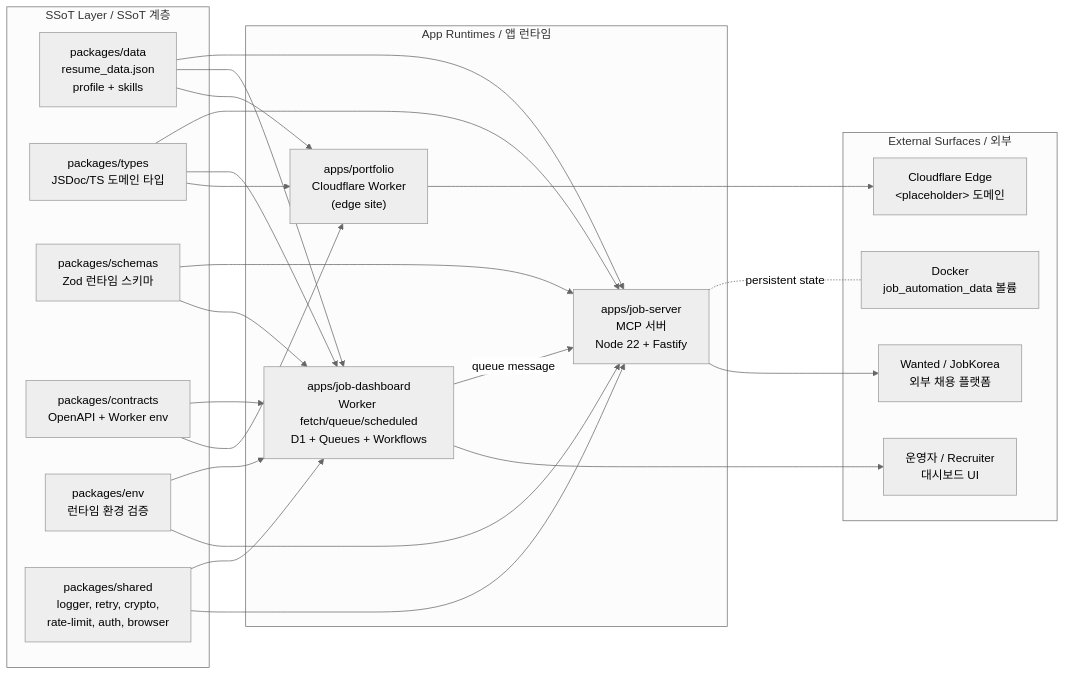
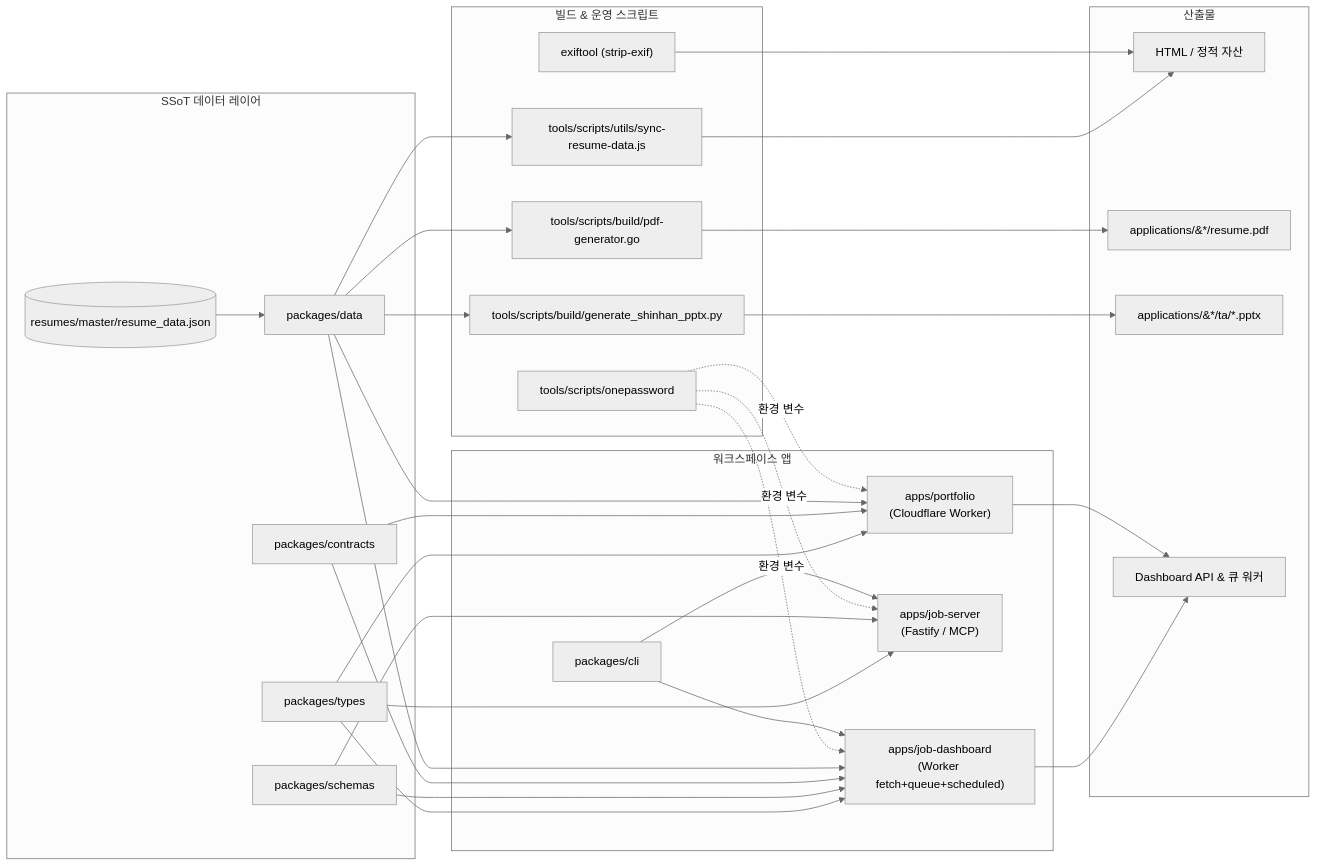
One commit to jclee941/resume changed the diagram in README.md. Above: the diagram before and after it, drawn with Mermaid (neutral theme). The commit also changed other lines of this file, not shown here.

````diff
--- a/README.md
+++ b/README.md
@@ -94,45 +85,59 @@
 ```mermaid
 flowchart LR
-    subgraph SRC["SSoT Layer / SSoT 계층"]
-        DATA["packages/data<br/>resume_data.json<br/>profile + skills"]
-        TYPES["packages/types<br/>JSDoc/TS 도메인 타입"]
-        SCHEMA["packages/schemas<br/>Zod 런타임 스키마"]
-        CONTRACT["packages/contracts<br/>OpenAPI + Worker env"]
-        ENV["packages/env<br/>런타임 환경 검증"]
-        SHARED["packages/shared<br/>logger, retry, crypto,<br/>rate-limit, auth, browser"]
+    subgraph Data["SSoT 데이터 레이어"]
+        D[("resumes/master/resume_data.json")]
+        DATA["packages/data"]
+        TYPES["packages/types"]
+        SCHEMA["packages/schemas"]
+        CONTRACTS["packages/contracts"]
     end
 
-    subgraph APPS["App Runtimes / 앱 런타임"]
-        PORTFOLIO["apps/portfolio<br/>Cloudflare Worker<br/>(edge site)"]
-        DASH["apps/job-dashboard<br/>Worker fetch/queue/scheduled<br/>D1 + Queues + Workflows"]
-        JOB["apps/job-server<br/>MCP 서버<br/>Node 22 + Fastify"]
+    subgraph Build["빌드 & 운영 스크립트"]
+        SYNC["tools/scripts/utils/sync-resume-data.js"]
+        PDF["tools/scripts/build/pdf-generator.go"]
+        PPTX["tools/scripts/build/generate_shinhan_pptx.py"]
+        SCRIPTS["tools/scripts/onepassword"]
+        EXIF["exiftool (strip-exif)"]
     end
 
-    subgraph OUT["External Surfaces / 외부"]
-        EDGE["Cloudflare Edge<br/>&lt;placeholder&gt; 도메인"]
-        PLATFORMS["Wanted / JobKorea<br/>외부 채용 플랫폼"]
-        OPS["운영자 / Recruiter<br/>대시보드 UI"]
-        DOCKER["Docker<br/>job_automation_data 볼륨"]
+    subgraph Apps["워크스페이스 앱"]
+        PORT["apps/portfolio<br/>(Cloudflare Worker)"]
+        JOB["apps/job-server<br/>(Fastify / MCP)"]
+        DASH["apps/job-dashboard<br/>(Worker fetch+queue+scheduled)"]
+        CLI["packages/cli"]
     end
 
-    DATA --> PORTFOLIO
+    subgraph Outputs["산출물"]
+        HTML["HTML / 정적 자산"]
+        DOCS["applications/&#42;/resume.pdf"]
+        SLIDES["applications/&#42;/ta/*.pptx"]
+        APIS["Dashboard API &amp; 큐 워커"]
+    end
+
+    D --> DATA
+    DATA --> SYNC
+    DATA --> PDF
+    DATA --> PPTX
+    TYPES --> PORT
+    TYPES --> JOB
+    TYPES --> DASH
+    SCHEMA --> JOB
+    SCHEMA --> DASH
+    CONTRACTS --> DASH
+    CONTRACTS --> PORT
+    DATA --> PORT
     DATA --> DASH
-    DATA --> JOB
-    TYPES --> PORTFOLIO
-    TYPES --> DASH
-    TYPES --> JOB
-    SCHEMA --> DASH
-    SCHEMA --> JOB
-    CONTRACT --> PORTFOLIO
-    CONTRACT --> DASH
-    ENV --> JOB
-    ENV --> DASH
-    SHARED --> JOB
-    SHARED --> DASH
 
-    PORTFOLIO --> EDGE
-    DASH --> OPS
-    DASH -- "queue message" --> JOB
-    JOB --> PLATFORMS
-    JOB -. "persistent state" .- DOCKER
+    SYNC --> HTML
+    PDF --> DOCS
+    PPTX --> SLIDES
+    EXIF --> HTML
+    SCRIPTS -. 환경 변수 .-> JOB
+    SCRIPTS -. 환경 변수 .-> DASH
+    SCRIPTS -. 환경 변수 .-> PORT
+
+    CLI --> JOB
+    CLI --> DASH
+    DASH --> APIS
+    PORT --> APIS
 ```
````
